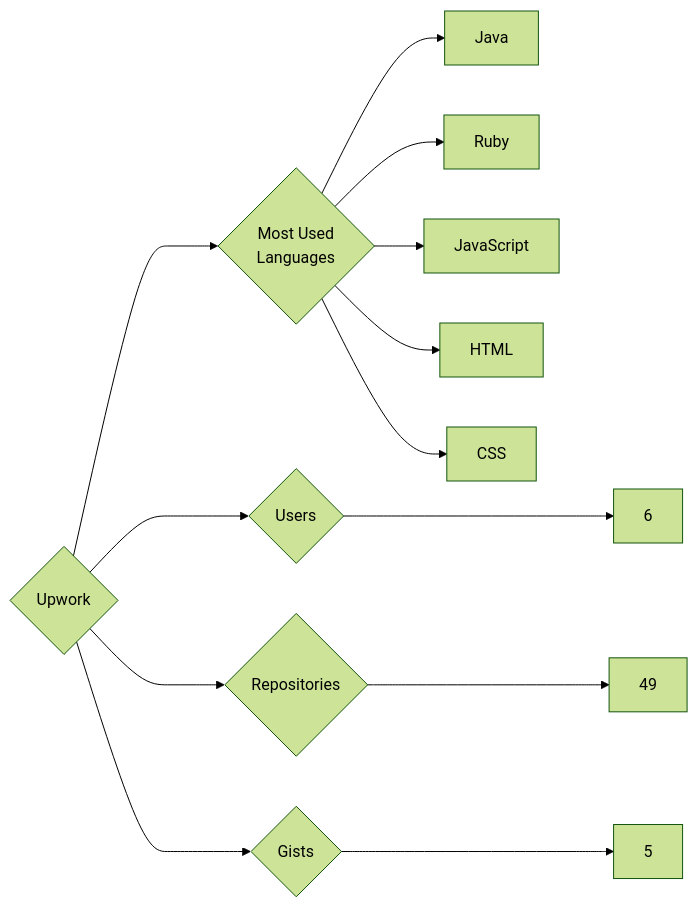
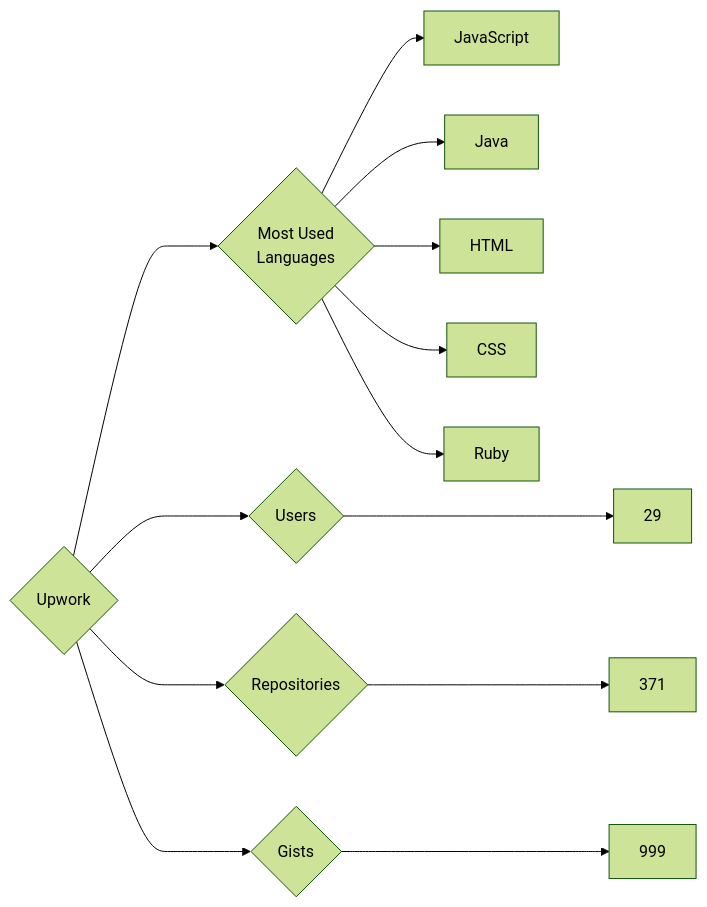
Before and after one commit to trickest/insiders: the diagram in targets/Upwork/README.md, drawn with Mermaid (forest theme). The commit also changed 895 other files, not shown here.

````diff
--- a/targets/Upwork/README.md
+++ b/targets/Upwork/README.md
@@ -3,13 +3,13 @@
 ```mermaid
 graph LR
 COMPANY_NAME{Upwork}
-COMPANY_NAME ---> U{Users} ---> UN[6]
-COMPANY_NAME ---> R{Repositories} ---> RN[49]
-COMPANY_NAME ---> G{Gists} ---> GN[5]
+COMPANY_NAME ---> U{Users} ---> UN[29]
+COMPANY_NAME ---> R{Repositories} ---> RN[371]
+COMPANY_NAME ---> G{Gists} ---> GN[999]
 COMPANY_NAME ---> ML{Most Used<br>Languages}
+ML --> JavaScript[JavaScript]
 ML --> Java[Java]
-ML --> Ruby[Ruby]
-ML --> JavaScript[JavaScript]
 ML --> HTML[HTML]
 ML --> CSS[CSS]
+ML --> Ruby[Ruby]
 ```
````
